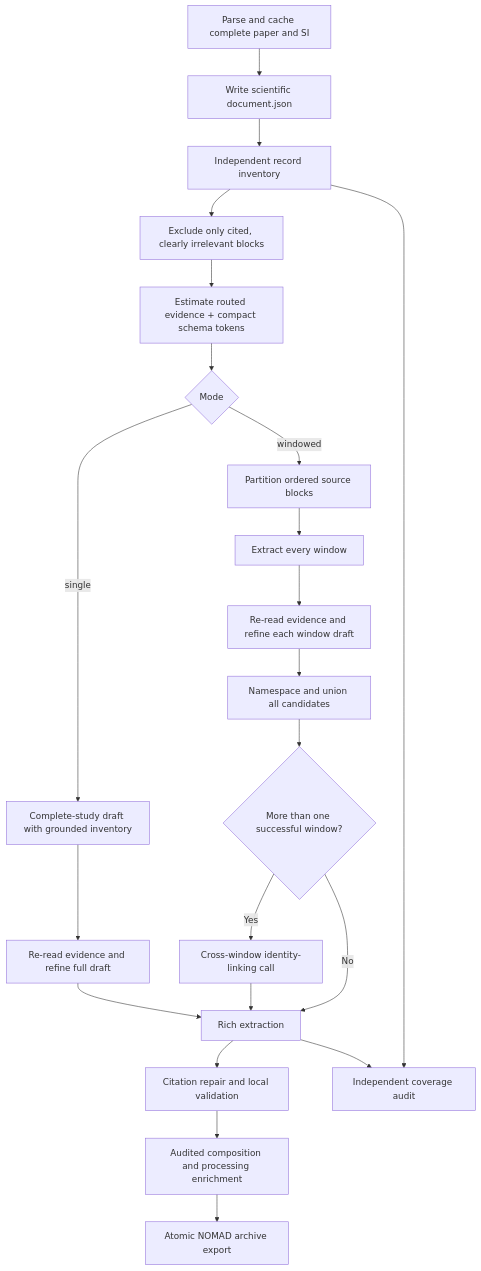
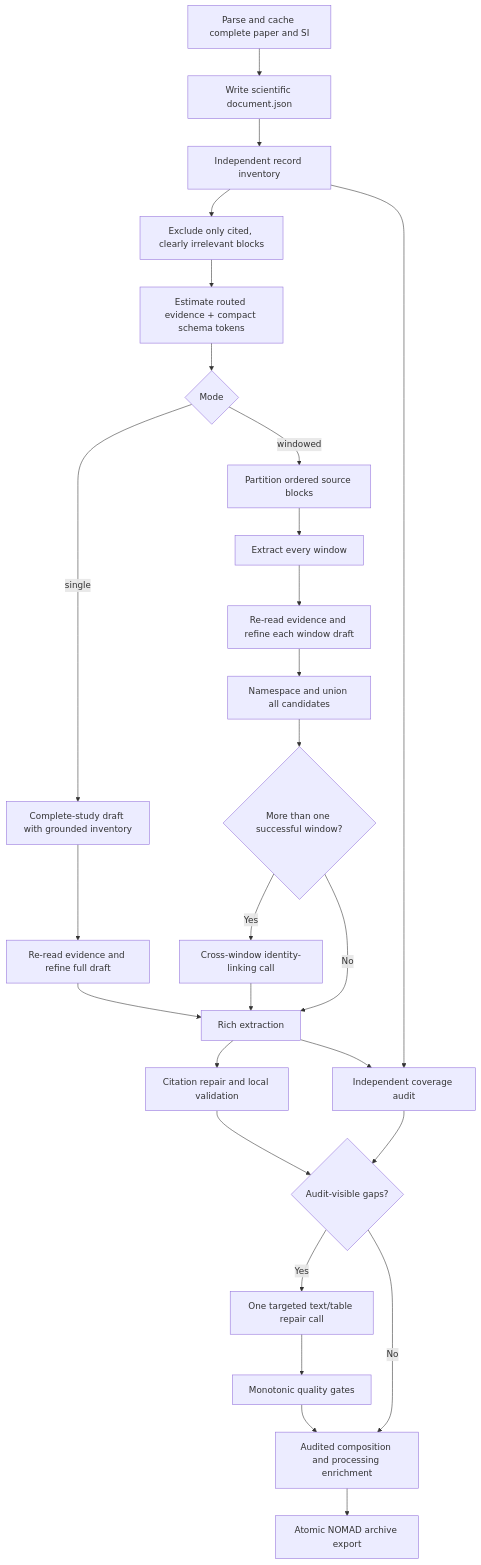
Before and after one commit to lamalab-org/perla-extract: the diagram in docs/workflows/extraction.md, drawn with Mermaid. The commit also changed other lines of this file and 31 other files, not shown here.

````diff
--- a/docs/workflows/extraction.md
+++ b/docs/workflows/extraction.md
@@ -11,24 +11,29 @@
 ```mermaid
 flowchart TD
     A["Parse and cache complete paper and SI"] --> B["Write scientific document.json"]
     B --> C0["Independent record inventory"]
     C0 --> C1["Exclude only cited, clearly irrelevant blocks"]
     C1 --> C["Estimate routed evidence + compact schema tokens"]
     C --> D{"Mode"}
     D -->|single| E["Complete-study draft with grounded inventory"]
     D -->|windowed| F["Partition ordered source blocks"]
     F --> G["Extract every window"]
     E --> E2["Re-read evidence and refine full draft"]
     G --> G2["Re-read evidence and refine each window draft"]
     G2 --> H["Namespace and union all candidates"]
     H --> I{"More than one successful window?"}
     I -->|Yes| J["Cross-window identity-linking call"]
     I -->|No| K["Rich extraction"]
     J --> K
     E2 --> K
     K --> L["Citation repair and local validation"]
-    L --> O["Audited composition and processing enrichment"]
     C0 --> N["Independent coverage audit"]
     K --> N
+    L --> R{"Audit-visible gaps?"}
+    N --> R
+    R -->|Yes| T["One targeted text/table repair call"]
+    R -->|No| O["Audited composition and processing enrichment"]
+    T --> U["Monotonic quality gates"]
+    U --> O
     O --> M["Atomic NOMAD archive export"]
 ```
````
